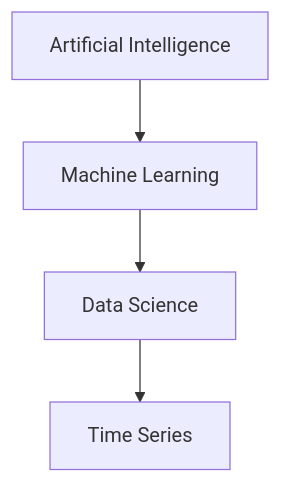
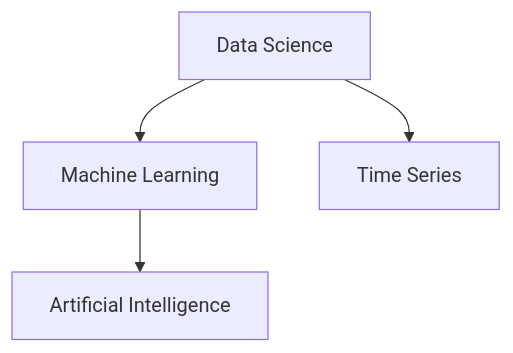
The first of 2 diagrams in time-series-overview.qmd (dsdaveh/time-series-overview), drawn with Mermaid before and after one commit. The commit also changed 1 other file, not shown here.

````diff
--- a/time-series-overview.qmd
+++ b/time-series-overview.qmd
@@ -47,6 +47,6 @@
 ```{mermaid}
 graph TD
-    AI["Artificial Intelligence"] --> ML["Machine Learning"]  
-    ML --> DS["Data Science"] 
+    ML["Machine Learning"] --> AI["Artificial Intelligence"] 
+    DS["Data Science"] --> ML
     DS --> TS["Time Series"]
 ```
````
